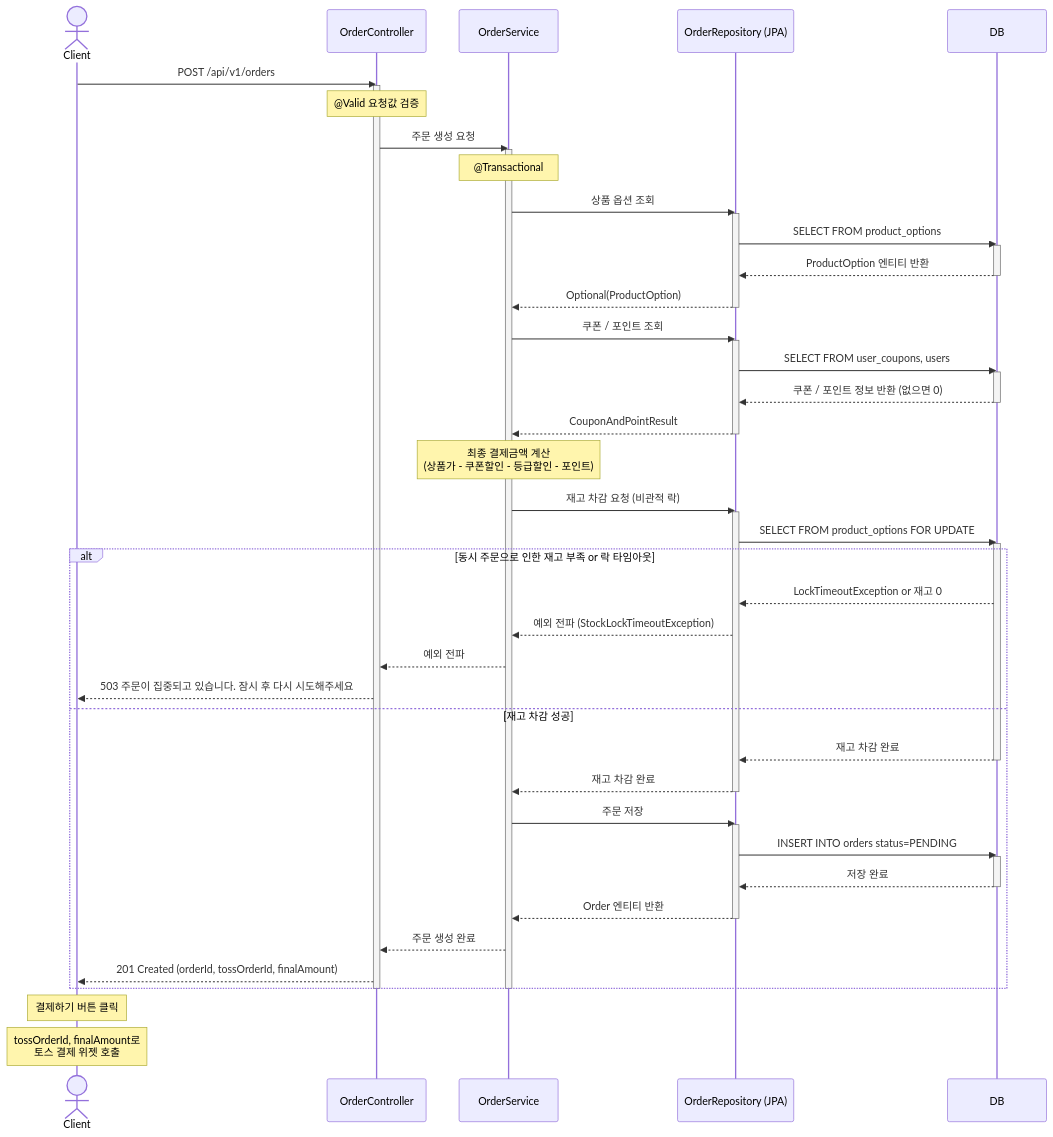
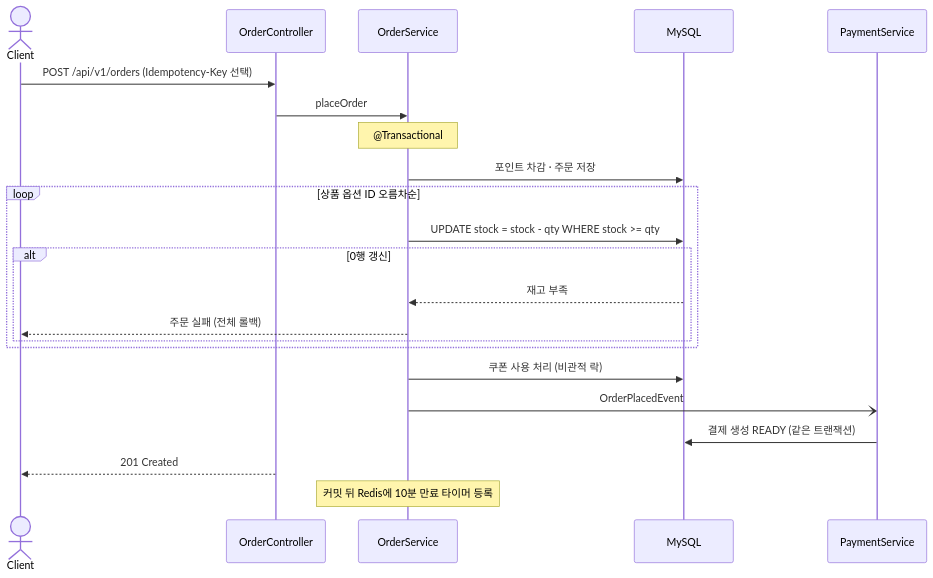
The first of 3 diagrams in README.md (ccommit/stylehub), drawn with Mermaid before and after one commit. The commit also changed other lines of this file, not shown here.

````diff
--- a/README.md
+++ b/README.md
@@ -284,73 +248,24 @@
- ``` mermaid
-
+```mermaid
 sequenceDiagram
-    actor Client as Client
-    participant Controller as OrderController
-    participant Service as OrderService
-    participant Repository as OrderRepository (JPA)
-    participant DB as DB
-
-    Client->>Controller: POST /api/v1/orders
-    activate Controller
-    Note over Controller: @Valid 요청값 검증
-    Controller->>Service: 주문 생성 요청
-    activate Service
-    Note over Service: @Transactional
-
-    Service->>Repository: 상품 옵션 조회
-    activate Repository
-    Repository->>DB: SELECT FROM product_options
-    activate DB
-    DB-->>Repository: ProductOption 엔티티 반환
-    deactivate DB
-    Repository-->>Service: Optional(ProductOption)
-    deactivate Repository
-
-    Service->>Repository: 쿠폰 / 포인트 조회
-    activate Repository
-    Repository->>DB: SELECT FROM user_coupons, users
-    activate DB
-    DB-->>Repository: 쿠폰 / 포인트 정보 반환 (없으면 0)
-    deactivate DB
-    Repository-->>Service: CouponAndPointResult
-    deactivate Repository
-
-    Note over Service: 최종 결제금액 계산<br/>(상품가 - 쿠폰할인 - 등급할인 - 포인트)
-
-    Service->>Repository: 재고 차감 요청 (비관적 락)
-    activate Repository
-    Repository->>DB: SELECT FROM product_options FOR UPDATE
-    activate DB
-
-    alt 동시 주문으로 인한 재고 부족 or 락 타임아웃
-        DB-->>Repository: LockTimeoutException or 재고 0
-        Repository-->>Service: 예외 전파 (StockLockTimeoutException)
-        Service-->>Controller: 예외 전파
-        Controller-->>Client: 503 주문이 집중되고 있습니다. 잠시 후 다시 시도해주세요
-    else 재고 차감 성공
-        DB-->>Repository: 재고 차감 완료
-        deactivate DB
-        Repository-->>Service: 재고 차감 완료
-        deactivate Repository
-
-        Service->>Repository: 주문 저장
-        activate Repository
-        Repository->>DB: INSERT INTO orders status=PENDING
-        activate DB
-        DB-->>Repository: 저장 완료
-        deactivate DB
-        Repository-->>Service: Order 엔티티 반환
-        deactivate Repository
-
-        Service-->>Controller: 주문 생성 완료
-        Controller-->>Client: 201 Created (orderId, tossOrderId, finalAmount)
+    actor C as Client
+    participant OC as OrderController
+    participant OS as OrderService
+    participant DB as MySQL
+    participant PS as PaymentService
+    C->>OC: POST /api/v1/orders (Idempotency-Key 선택)
+    OC->>OS: placeOrder
+    Note over OS: @Transactional
+    OS->>DB: 포인트 차감 · 주문 저장
+    loop 상품 옵션 ID 오름차순
+        OS->>DB: UPDATE stock = stock - qty WHERE stock >= qty
+        alt 0행 갱신
+            DB-->>OS: 재고 부족
+            OS-->>C: 주문 실패 (전체 롤백)
+        end
     end
-
-    deactivate Service
-    deactivate Controller
-
-    Note over Client: 결제하기 버튼 클릭
-    Note over Client: tossOrderId, finalAmount로<br/>토스 결제 위젯 호출
-
-
- ```
+    OS->>DB: 쿠폰 사용 처리 (비관적 락)
+    OS-)PS: OrderPlacedEvent
+    PS->>DB: 결제 생성 READY (같은 트랜잭션)
+    OC-->>C: 201 Created
+    Note over OS: 커밋 뒤 Redis에 10분 만료 타이머 등록
+```
````
